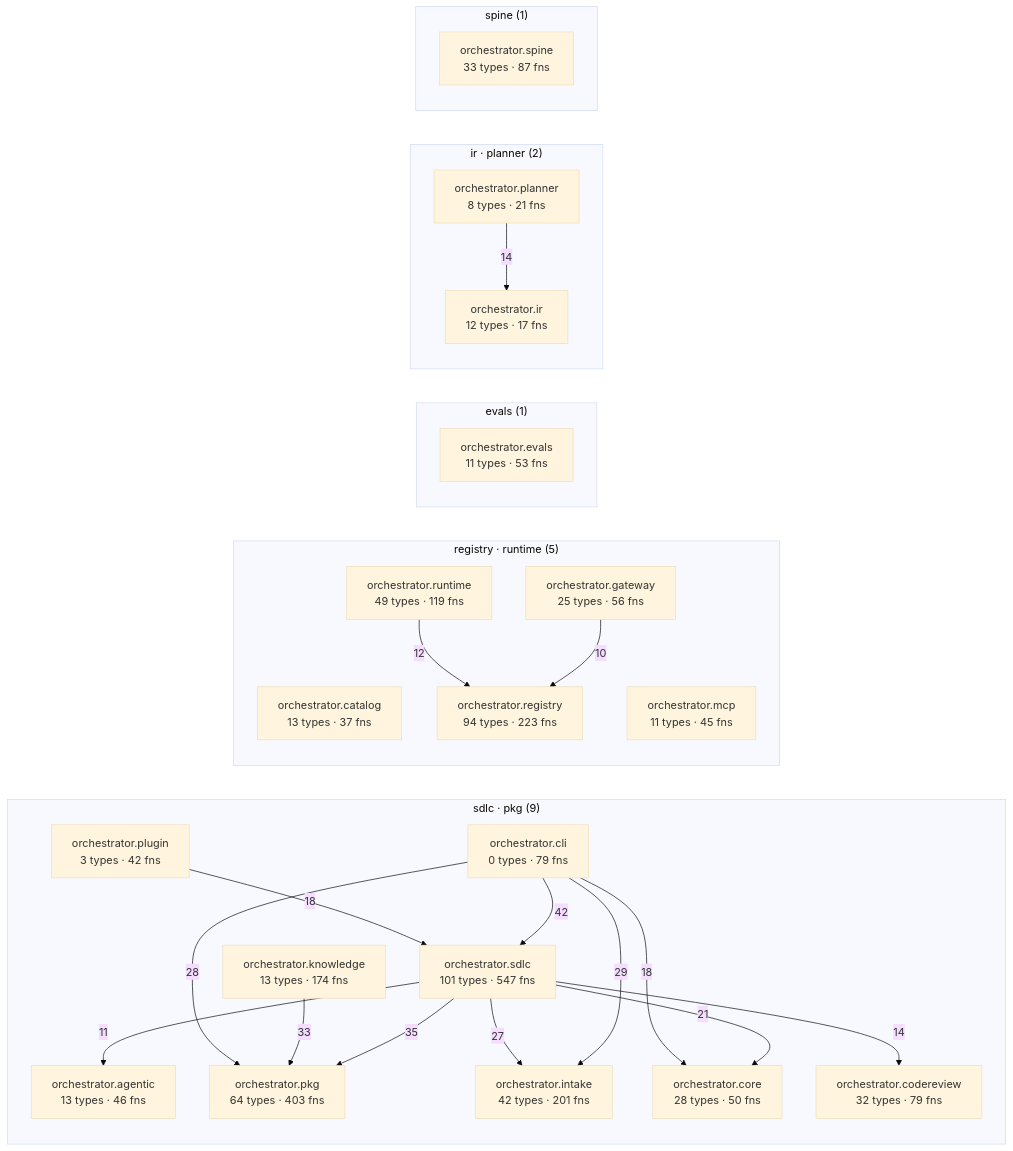
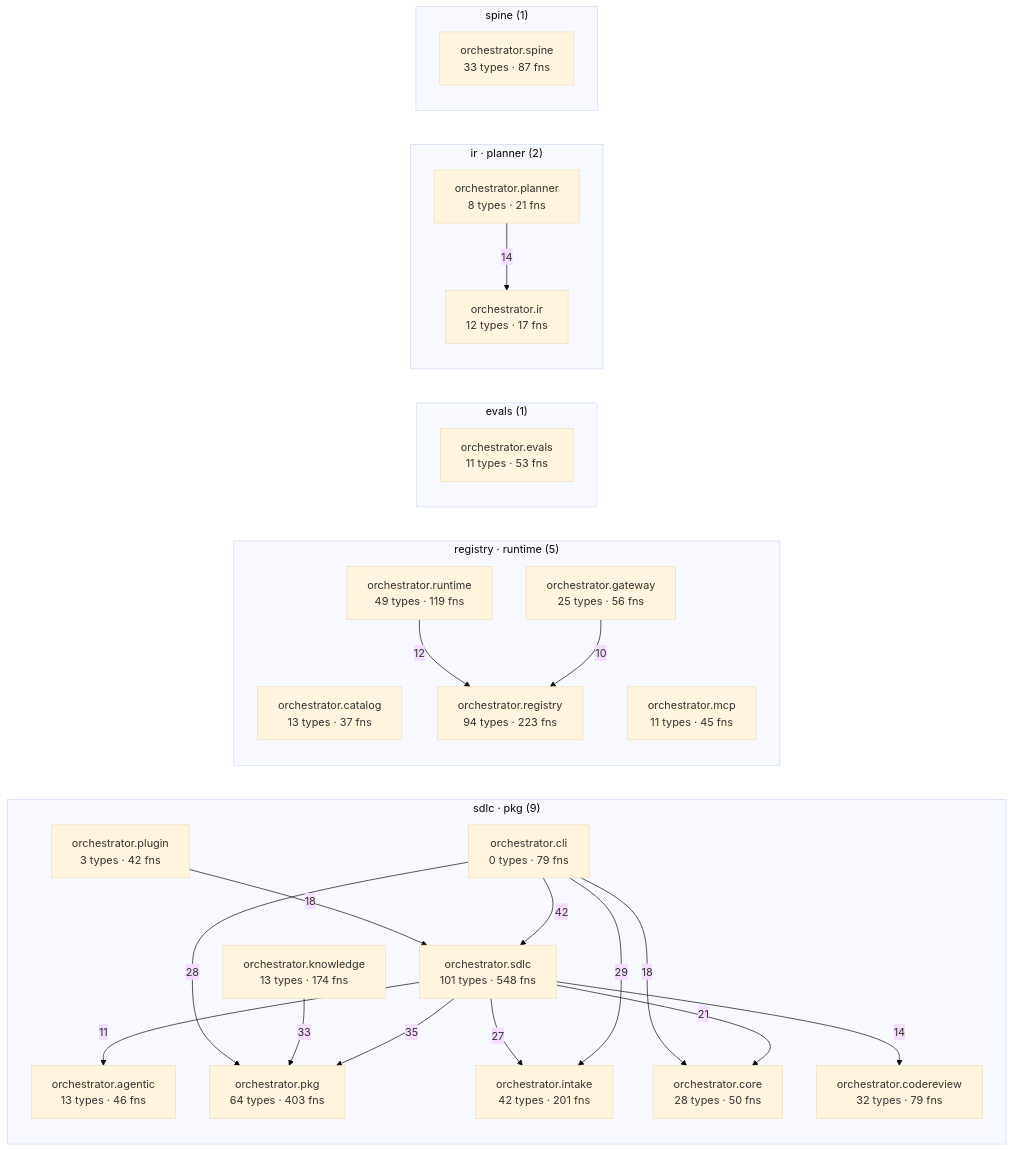
One commit to synaptixs/spine changed the diagram in episteme/architecture.md. Above: the diagram before and after it, drawn with Mermaid (base theme). The commit also changed other lines of this file and 10 other files, not shown here.

````diff
--- a/episteme/architecture.md
+++ b/episteme/architecture.md
@@ -54,45 +54,45 @@
 ```mermaid
 flowchart LR
   subgraph c_1["sdlc · pkg (9)"]
     aorchestratoragentic["orchestrator.agentic<br/>13 types · 46 fns"]
     aorchestratorcli["orchestrator.cli<br/>0 types · 79 fns"]
     aorchestratorcodereview["orchestrator.codereview<br/>32 types · 79 fns"]
     aorchestratorcore["orchestrator.core<br/>28 types · 50 fns"]
     aorchestratorintake["orchestrator.intake<br/>42 types · 201 fns"]
     aorchestratorknowledge["orchestrator.knowledge<br/>13 types · 174 fns"]
     aorchestratorpkg["orchestrator.pkg<br/>64 types · 403 fns"]
     aorchestratorplugin["orchestrator.plugin<br/>3 types · 42 fns"]
-    aorchestratorsdlc["orchestrator.sdlc<br/>101 types · 547 fns"]
+    aorchestratorsdlc["orchestrator.sdlc<br/>101 types · 548 fns"]
   end
   subgraph c_3["registry · runtime (5)"]
     aorchestratorcatalog["orchestrator.catalog<br/>13 types · 37 fns"]
     aorchestratorgateway["orchestrator.gateway<br/>25 types · 56 fns"]
     aorchestratormcp["orchestrator.mcp<br/>11 types · 45 fns"]
     aorchestratorregistry["orchestrator.registry<br/>94 types · 223 fns"]
     aorchestratorruntime["orchestrator.runtime<br/>49 types · 119 fns"]
   end
   subgraph c_5["evals (1)"]
     aorchestratorevals["orchestrator.evals<br/>11 types · 53 fns"]
   end
   subgraph c_7["ir · planner (2)"]
     aorchestratorir["orchestrator.ir<br/>12 types · 17 fns"]
     aorchestratorplanner["orchestrator.planner<br/>8 types · 21 fns"]
   end
   subgraph c_10["spine (1)"]
     aorchestratorspine["orchestrator.spine<br/>33 types · 87 fns"]
   end
   aorchestratorcli -->|42| aorchestratorsdlc
   aorchestratorsdlc -->|35| aorchestratorpkg
   aorchestratorknowledge -->|33| aorchestratorpkg
   aorchestratorcli -->|29| aorchestratorintake
   aorchestratorcli -->|28| aorchestratorpkg
   aorchestratorsdlc -->|27| aorchestratorintake
   aorchestratorsdlc -->|21| aorchestratorcore
   aorchestratorcli -->|18| aorchestratorcore
   aorchestratorplugin -->|18| aorchestratorsdlc
   aorchestratorplanner -->|14| aorchestratorir
   aorchestratorsdlc -->|14| aorchestratorcodereview
   aorchestratorruntime -->|12| aorchestratorregistry
   aorchestratorsdlc -->|11| aorchestratoragentic
   aorchestratorgateway -->|10| aorchestratorregistry
 ```
````
